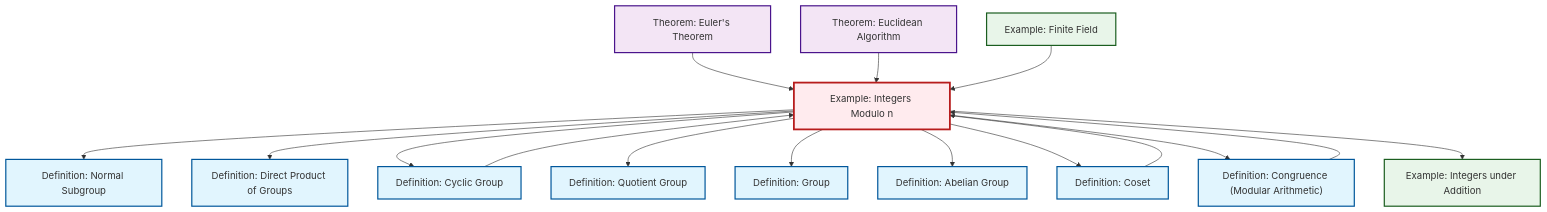
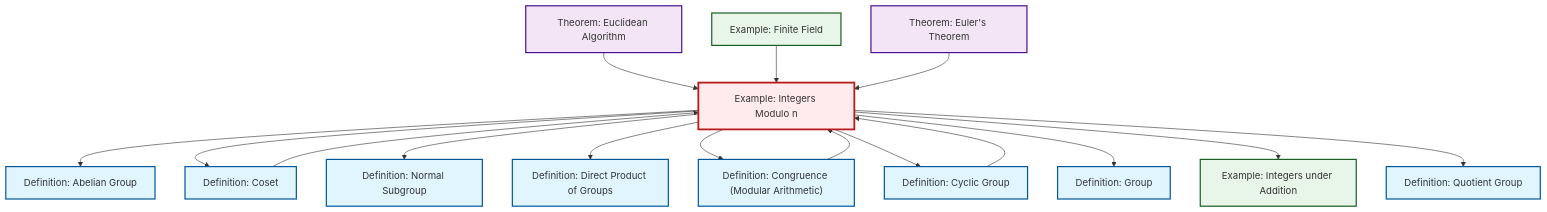
Before and after one commit to RK0429/ModernMath: the diagram in output/mermaid/ex-quotient-integers-mod-n.mermaid, drawn with Mermaid. The commit also changed other lines of this file and 531 other files, not shown here.

```diff
--- a/output/mermaid/ex-quotient-integers-mod-n.mermaid
+++ b/output/mermaid/ex-quotient-integers-mod-n.mermaid
@@ -1,36 +1,36 @@
 %%| fig-cap: "Local dependency graph"
 graph TD
     classDef definition fill:#e1f5fe,stroke:#01579b,stroke-width:2px
     classDef theorem fill:#f3e5f5,stroke:#4a148c,stroke-width:2px
     classDef axiom fill:#fff3e0,stroke:#e65100,stroke-width:2px
     classDef example fill:#e8f5e9,stroke:#1b5e20,stroke-width:2px
     classDef current fill:#ffebee,stroke:#b71c1c,stroke-width:3px
+    ex-finite-field["Example: Finite Field"]:::example
+    def-abelian-group["Definition: Abelian Group"]:::definition
+    def-cyclic-group["Definition: Cyclic Group"]:::definition
+    def-quotient-group["Definition: Quotient Group"]:::definition
+    thm-euler["Theorem: Euler's Theorem"]:::theorem
+    def-direct-product["Definition: Direct Product of Groups"]:::definition
+    def-congruence["Definition: Congruence (Modular Arithmetic)"]:::definition
+    def-group["Definition: Group"]:::definition
     def-normal-subgroup["Definition: Normal Subgroup"]:::definition
     ex-quotient-integers-mod-n["Example: Integers Modulo n"]:::example
+    ex-integers-addition["Example: Integers under Addition"]:::example
     def-coset["Definition: Coset"]:::definition
-    def-quotient-group["Definition: Quotient Group"]:::definition
-    ex-integers-addition["Example: Integers under Addition"]:::example
-    thm-euler["Theorem: Euler's Theorem"]:::theorem
-    def-cyclic-group["Definition: Cyclic Group"]:::definition
-    def-group["Definition: Group"]:::definition
-    def-congruence["Definition: Congruence (Modular Arithmetic)"]:::definition
-    ex-finite-field["Example: Finite Field"]:::example
-    def-abelian-group["Definition: Abelian Group"]:::definition
-    def-direct-product["Definition: Direct Product of Groups"]:::definition
     thm-euclidean-algorithm["Theorem: Euclidean Algorithm"]:::theorem
     def-cyclic-group --> ex-quotient-integers-mod-n
+    def-coset --> ex-quotient-integers-mod-n
+    ex-quotient-integers-mod-n --> def-abelian-group
+    thm-euclidean-algorithm --> ex-quotient-integers-mod-n
+    ex-finite-field --> ex-quotient-integers-mod-n
+    ex-quotient-integers-mod-n --> def-coset
     thm-euler --> ex-quotient-integers-mod-n
     ex-quotient-integers-mod-n --> def-normal-subgroup
     ex-quotient-integers-mod-n --> def-direct-product
+    ex-quotient-integers-mod-n --> def-congruence
     ex-quotient-integers-mod-n --> def-cyclic-group
-    thm-euclidean-algorithm --> ex-quotient-integers-mod-n
-    def-coset --> ex-quotient-integers-mod-n
+    ex-quotient-integers-mod-n --> def-group
     def-congruence --> ex-quotient-integers-mod-n
+    ex-quotient-integers-mod-n --> ex-integers-addition
     ex-quotient-integers-mod-n --> def-quotient-group
-    ex-finite-field --> ex-quotient-integers-mod-n
-    ex-quotient-integers-mod-n --> def-group
-    ex-quotient-integers-mod-n --> def-abelian-group
-    ex-quotient-integers-mod-n --> def-coset
-    ex-quotient-integers-mod-n --> def-congruence
-    ex-quotient-integers-mod-n --> ex-integers-addition
     class ex-quotient-integers-mod-n current
```
